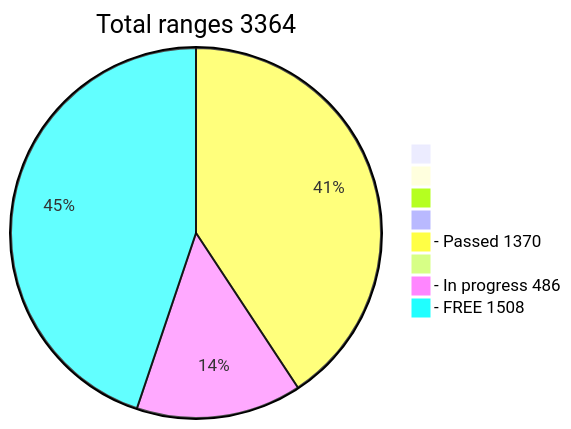
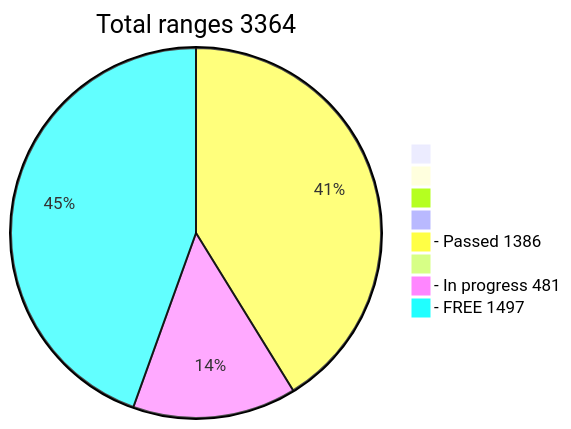
The diagram in README.md (phrutis/wif500), drawn with Mermaid before and after one commit.

````diff
--- a/README.md
+++ b/README.md
@@ -16,12 +16,12 @@
 ```mermaid
 pie title Total ranges 3364
              " " : 0
             "  " : 0
            "   " : 0
           "    " : 0
-  "- Passed 1370" : 1370
+  "- Passed 1386" : 1386
          "     " : 0
-  "- In progress 486" : 486
-   "- FREE 1508" : 1508
+  "- In progress 481" : 481
+   "- FREE 1497" : 1497
    
 ```
````
